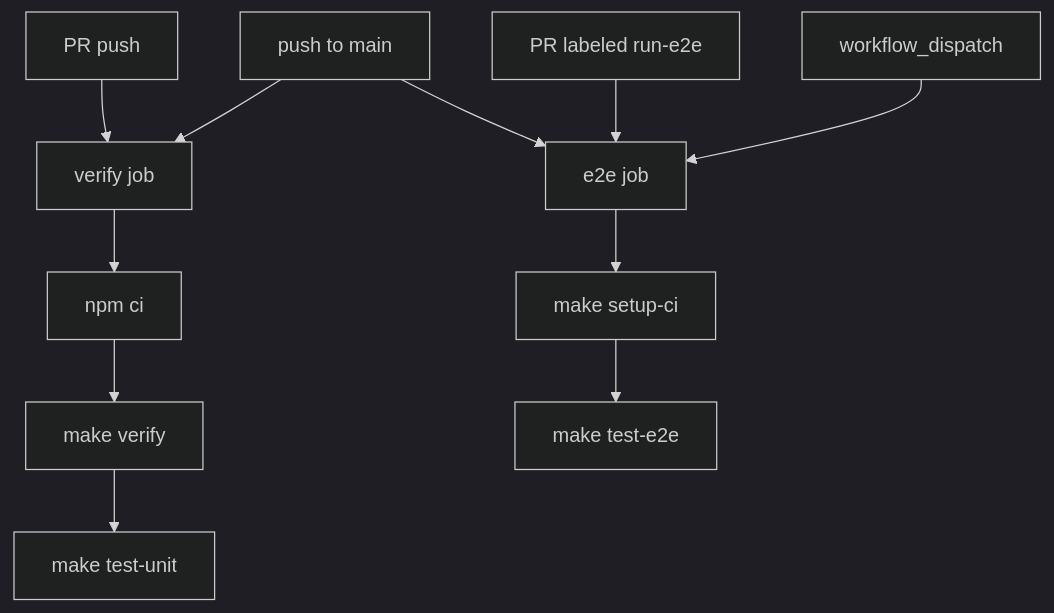
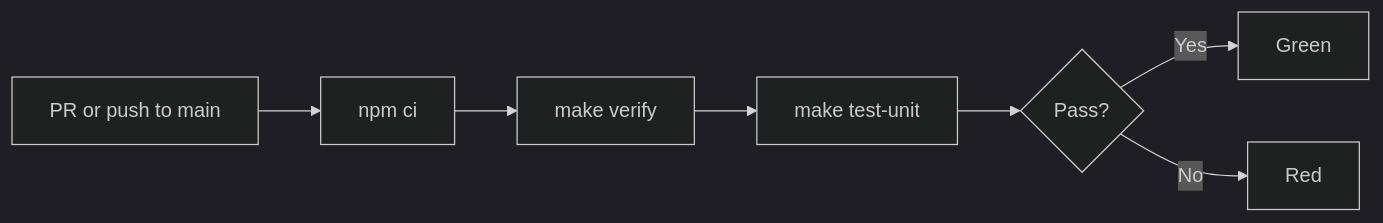
The diagram in cookbook/artifact-bench/{{cookiecutter.project_slug}}/README.md (Gretyl/recipes), drawn with Mermaid (dark theme) before and after one commit. The commit also changed other lines of this file and 14 other files, not shown here.

````diff
--- a/cookbook/artifact-bench/{{cookiecutter.project_slug}}/README.md
+++ b/cookbook/artifact-bench/{{cookiecutter.project_slug}}/README.md
@@ -64,13 +67,9 @@
 ```mermaid
-flowchart TB
-    A[PR push] --> B[verify job]
-    C[push to main] --> B
-    C --> D[e2e job]
-    E[PR labeled run-e2e] --> D
-    F[workflow_dispatch] --> D
-    B --> B1[npm ci]
-    B1 --> B2[make verify]
-    B2 --> B3[make test-unit]
-    D --> D1[make setup-ci]
-    D1 --> D2[make test-e2e]
+flowchart LR
+    A[PR or push to main] --> B[npm ci]
+    B --> C[make verify]
+    C --> D[make test-unit]
+    D --> E{Pass?}
+    E -->|Yes| F[Green]
+    E -->|No| G[Red]
 ```
````
